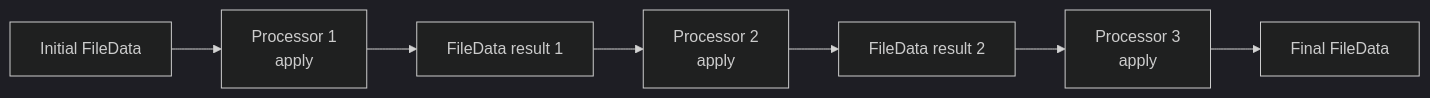
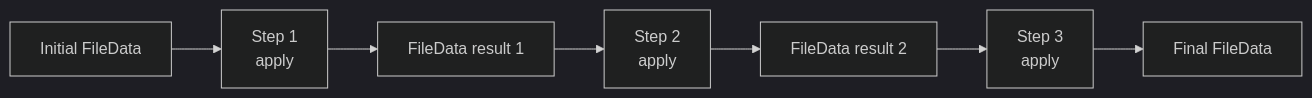
Before and after one commit to dotanrs/magritte: the third of 3 diagrams in src/PROCESSING.md, drawn with Mermaid (dark theme). The commit also changed other lines of this file and 169 other files, not shown here.

Commit message:
Rename processor -> step

````diff
--- a/src/PROCESSING.md
+++ b/src/PROCESSING.md
@@ -113,12 +113,12 @@
 ```mermaid
 flowchart LR
     input["Initial FileData"]
-    p1["Processor 1<br/>apply"]
+    p1["Step 1<br/>apply"]
     d1["FileData result 1"]
-    p2["Processor 2<br/>apply"]
+    p2["Step 2<br/>apply"]
     d2["FileData result 2"]
-    p3["Processor 3<br/>apply"]
+    p3["Step 3<br/>apply"]
     output["Final FileData"]
 
     input --> p1 --> d1 --> p2 --> d2 --> p3 --> output
 ```
````
